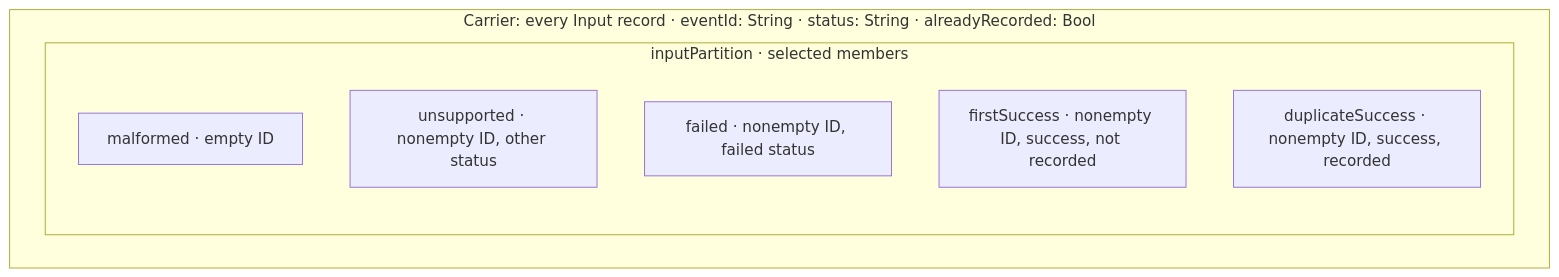
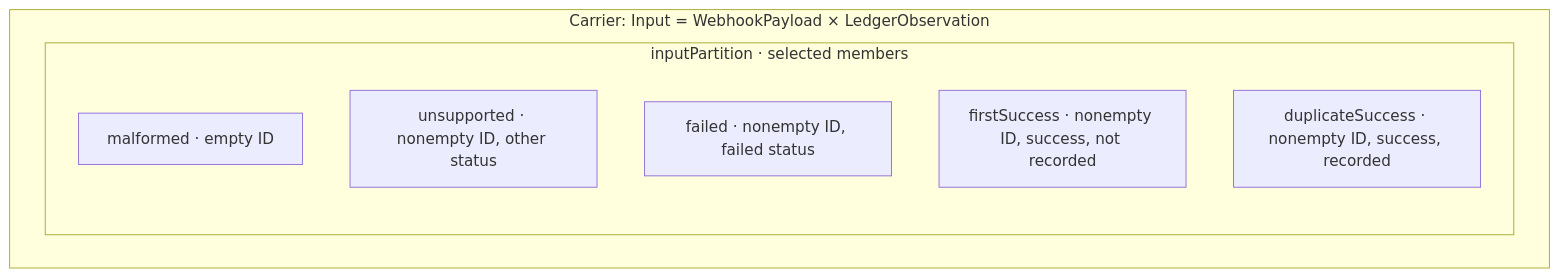
The second of 8 diagrams in README.md (mrvanish97/archiscript), drawn with Mermaid before and after one commit. The commit also changed other lines of this file and 11 other files, not shown here.

Commit message:
feat: model webhook carrier as payload and ledger state

````diff
--- a/README.md
+++ b/README.md
@@ -33,13 +38,13 @@
 ```mermaid
 flowchart TB
-  subgraph CARRIER["Carrier: every Input record · eventId: String · status: String · alreadyRecorded: Bool"]
+  subgraph CARRIER["Carrier: Input = WebhookPayload × LedgerObservation"]
     subgraph INPUT["inputPartition · selected members"]
       direction TB
       M["malformed · empty ID"]
       U["unsupported · nonempty ID, other status"]
       E["failed · nonempty ID, failed status"]
       A["firstSuccess · nonempty ID, success, not recorded"]
       B["duplicateSuccess · nonempty ID, success, recorded"]
     end
   end
 ```
````
